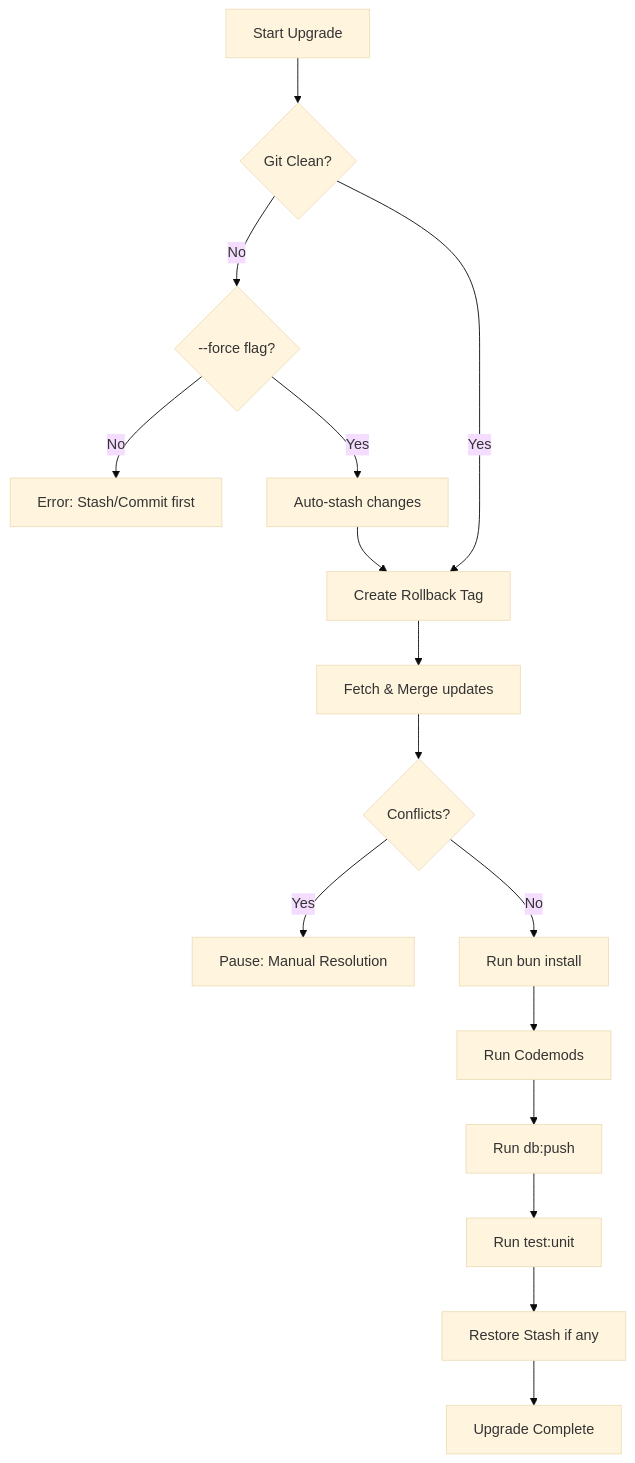
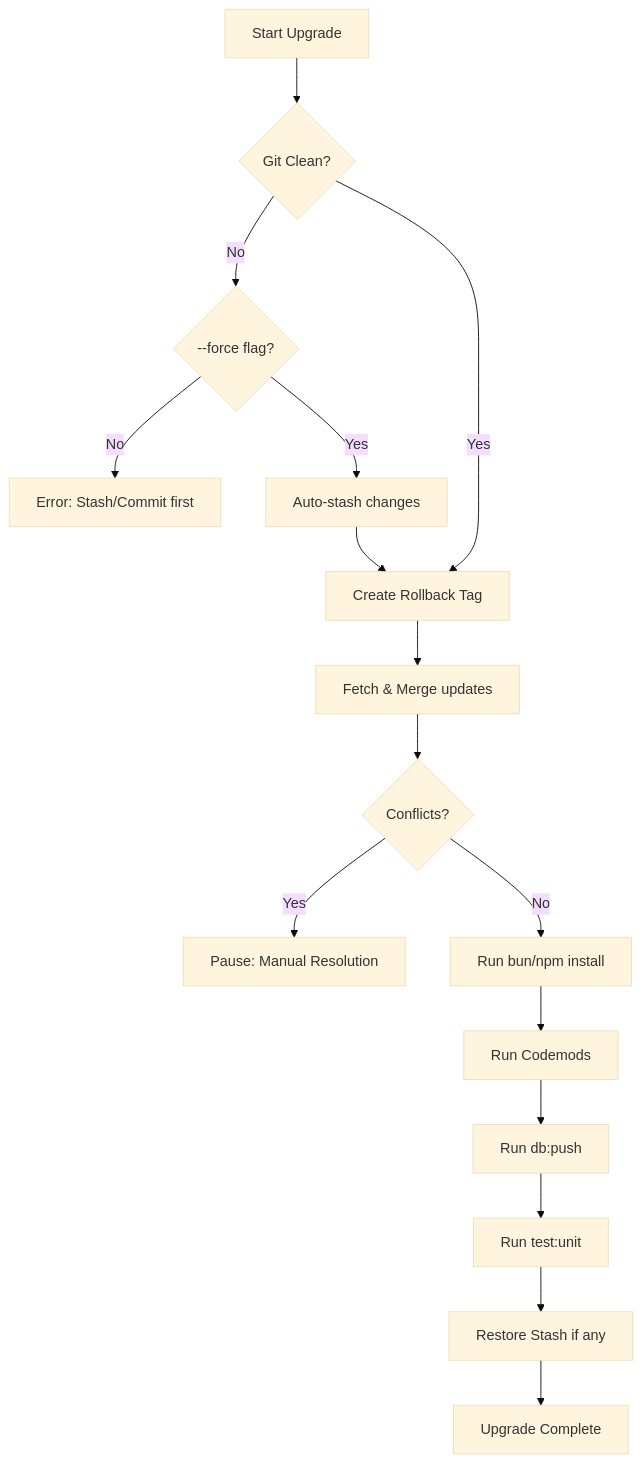
One commit to SveltyCMS/SveltyCMS changed the diagram in docs/guides/configuration/Upgrading.mdx. Above: the diagram before and after it, drawn with Mermaid (base theme). The commit also changed other lines of this file and 284 other files, not shown here.

````diff
--- a/docs/guides/configuration/Upgrading.mdx
+++ b/docs/guides/configuration/Upgrading.mdx
@@ -24,18 +24,18 @@
 ```mermaid
 graph TD
     A[Start Upgrade] --> B{Git Clean?}
     B -- No --> C{--force flag?}
     C -- No --> D[Error: Stash/Commit first]
     C -- Yes --> E[Auto-stash changes]
     B -- Yes --> F[Create Rollback Tag]
     E --> F
     F --> G[Fetch & Merge updates]
     G --> H{Conflicts?}
     H -- Yes --> I[Pause: Manual Resolution]
-    H -- No --> J[Run bun install]
+    H -- No --> J[Run bun/npm install]
     J --> K[Run Codemods]
     K --> L[Run db:push]
     L --> M[Run test:unit]
     M --> N[Restore Stash if any]
     N --> O[Upgrade Complete]
 ```
````
